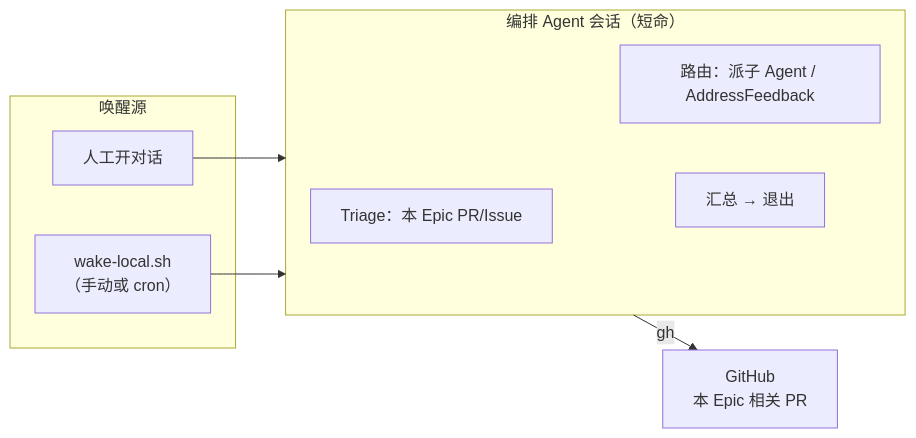
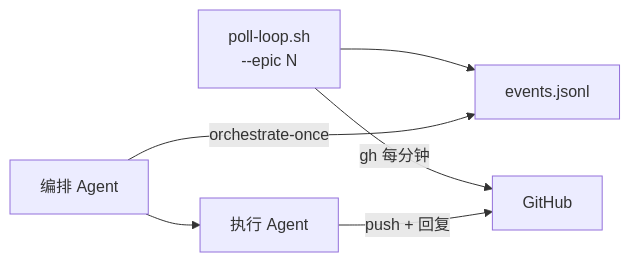
The diagram in .skill/skills/epic-delivery/references/orchestration-model.md (alibaba/loongcollector), drawn with Mermaid before and after one commit. The commit also changed other lines of this file and 23 other files, not shown here.

````diff
--- a/.skill/skills/epic-delivery/references/orchestration-model.md
+++ b/.skill/skills/epic-delivery/references/orchestration-model.md
@@ -19,20 +19,14 @@
 ```mermaid
 flowchart LR
-  subgraph Triggers["唤醒源"]
-    H["人工开对话"]
-    L["wake-local.sh\n（手动或 cron）"]
-  end
+  Poll["poll-loop.sh\n--epic N"]
+  GH["GitHub"]
+  Events["events.jsonl"]
+  Orch["编排 Agent"]
+  Sub["执行 Agent"]
 
-  subgraph Orchestrator["编排 Agent 会话（短命）"]
-    T["Triage：本 Epic PR/Issue"]
-    R["路由：派子 Agent / AddressFeedback"]
-    S["汇总 → 退出"]
-  end
-
-  GH["GitHub\n本 Epic 相关 PR"]
-
-  H --> Orchestrator
-  L --> Orchestrator
-  Orchestrator -->|gh| GH
-  Orchestrator --> S
+  Poll -->|gh 每分钟| GH
+  Poll --> Events
+  Orch -->|orchestrate-once| Events
+  Orch --> Sub
+  Sub -->|push + 回复| GH
 ```
````
